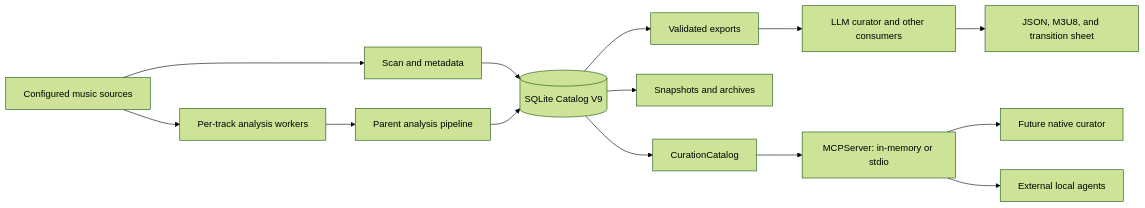
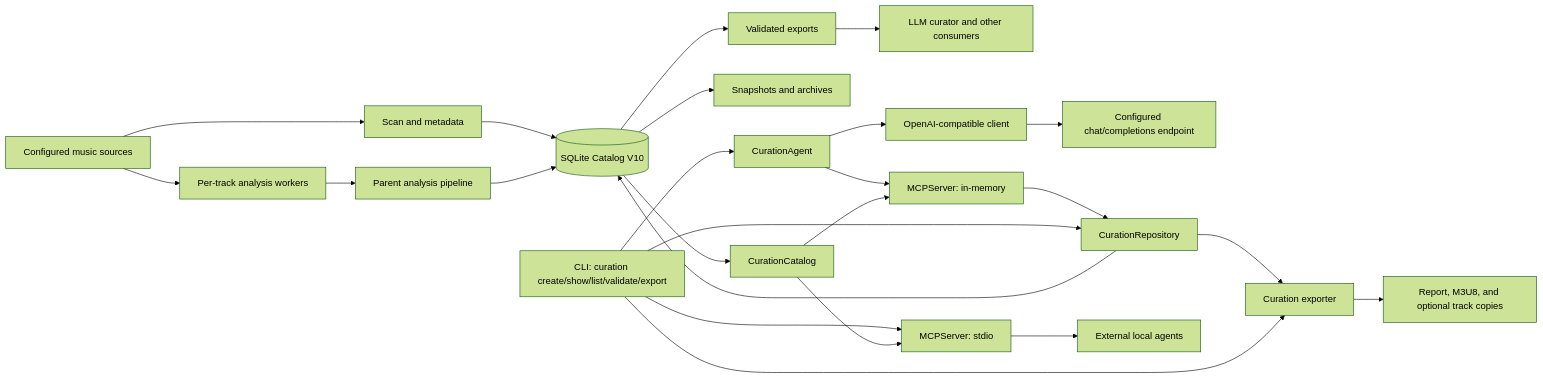
Before and after one commit to fmatsos/dj-digger: the diagram in docs/ARCHITECTURE.md, drawn with Mermaid (forest theme). The commit also changed other lines of this file and 5 other files, not shown here.

First line of the commit message:
docs: document native curation workflow

````diff
--- a/docs/ARCHITECTURE.md
+++ b/docs/ARCHITECTURE.md
@@ -13,16 +13,26 @@
 ```mermaid
 flowchart LR
     Sources[Configured music sources] --> Scan[Scan and metadata]
-    Scan --> Catalog[(SQLite Catalog V9)]
+    Scan --> Catalog[(SQLite Catalog V10)]
     Sources --> Workers[Per-track analysis workers]
     Workers --> Parent[Parent analysis pipeline]
     Parent --> Catalog
     Catalog --> Exports[Validated exports]
     Catalog --> Snapshots[Snapshots and archives]
     Exports --> Curator[LLM curator and other consumers]
+    CLI[CLI: curation create/show/list/validate/export] --> Agent[CurationAgent]
+    Agent --> Client[OpenAI-compatible client]
+    Client --> Endpoint[Configured chat/completions endpoint]
+    Agent --> MCP[MCPServer: in-memory]
     Catalog --> Curation[CurationCatalog]
-    Curation --> MCP[MCPServer: in-memory or stdio]
-    MCP --> Native[Future native curator]
-    MCP --> External[External local agents]
-    Curator --> Sets[JSON, M3U8, and transition sheet]
+    Curation --> MCP
+    MCP --> Repository[CurationRepository]
+    Repository --> Catalog
+    CLI --> Repository
+    CLI --> MCPStdio[MCPServer: stdio]
+    Curation --> MCPStdio
+    MCPStdio --> External[External local agents]
+    Repository --> Exporter[Curation exporter]
+    CLI --> Exporter
+    Exporter --> Sets[Report, M3U8, and optional track copies]
 ```
````
